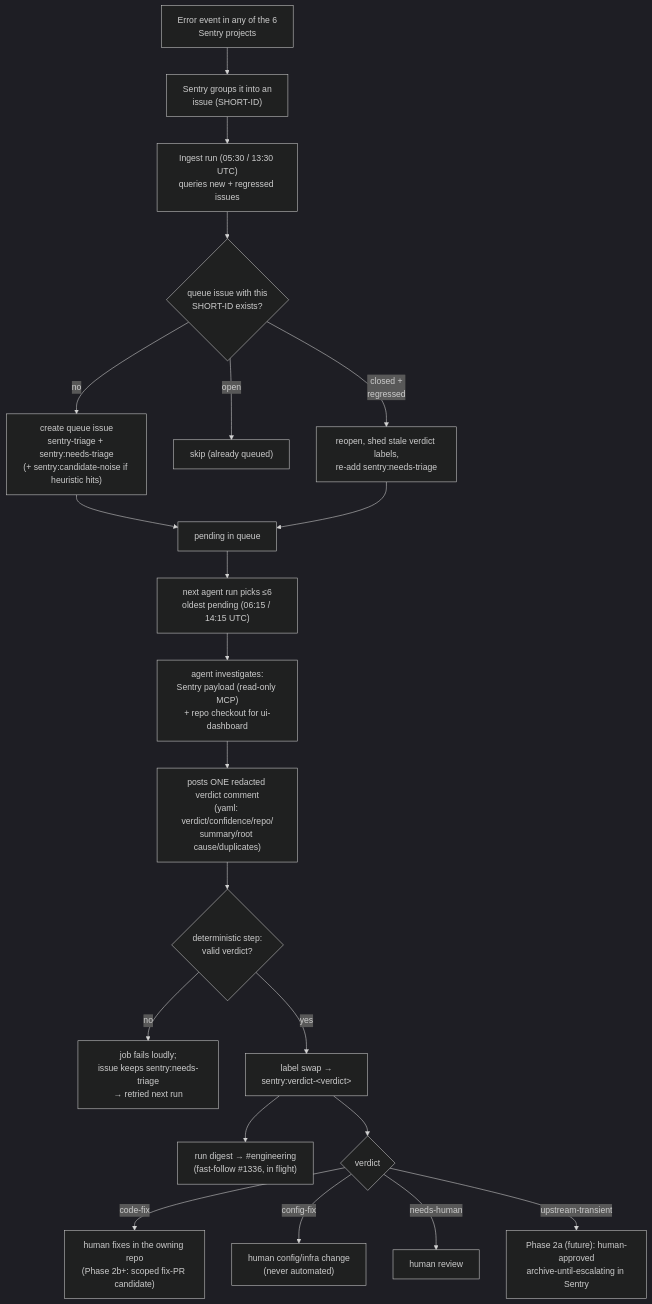
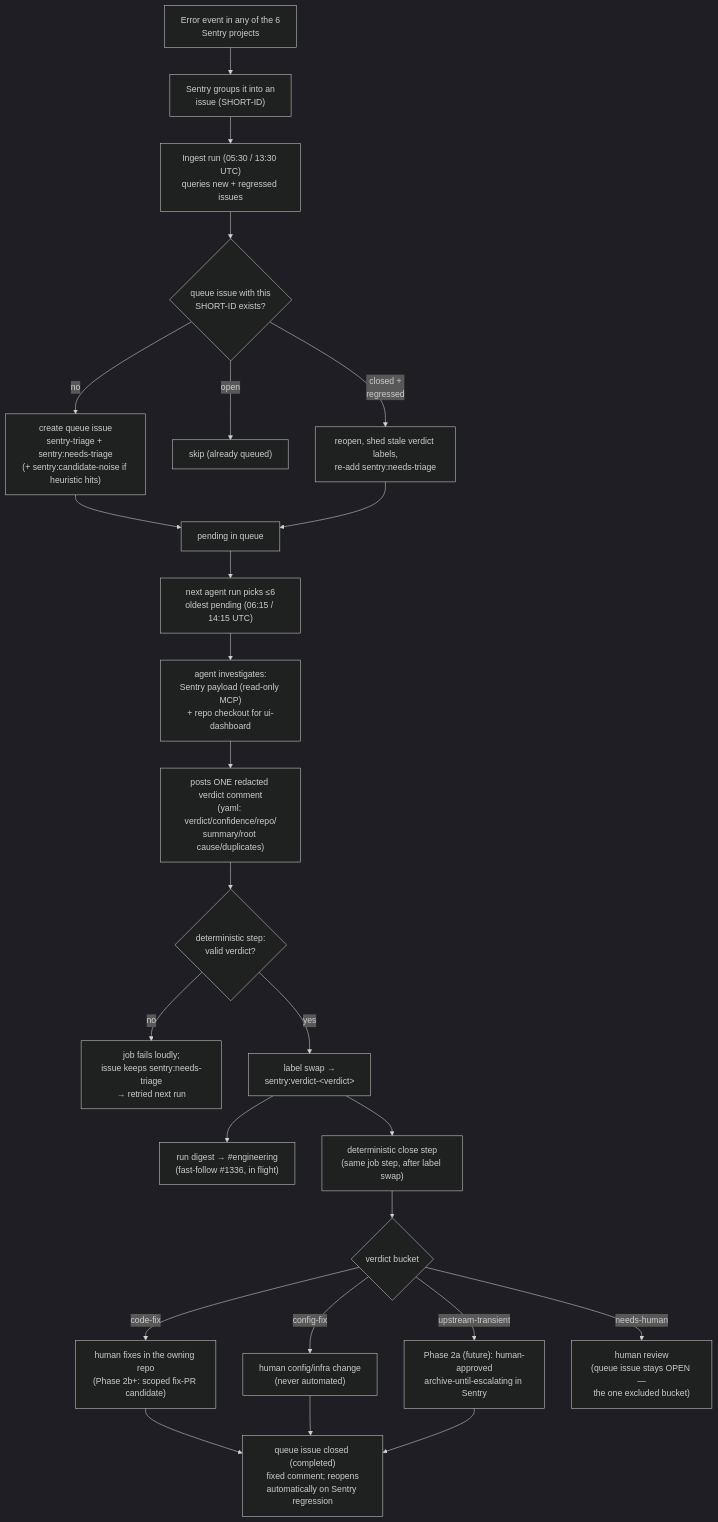
The second of 2 diagrams in docs/notes/sentry-triage-pipeline.md (mento-protocol/monitoring-monorepo), drawn with Mermaid (dark theme) before and after one commit. The commit also changed other lines of this file and 1 other file, not shown here.

First line of the commit message:
feat(tooling): auto-close verdicted Sentry triage queue issues

````diff
--- a/docs/notes/sentry-triage-pipeline.md
+++ b/docs/notes/sentry-triage-pipeline.md
@@ -77,23 +85,27 @@
 ```mermaid
 flowchart TD
     EV["Error event in any of the 6<br/>Sentry projects"] --> GRP["Sentry groups it into an<br/>issue (SHORT-ID)"]
     GRP --> POLL["Ingest run (05:30 / 13:30 UTC)<br/>queries new + regressed issues"]
     POLL --> KNOWN{"queue issue with this<br/>SHORT-ID exists?"}
     KNOWN -- "no" --> CREATE["create queue issue<br/>sentry-triage + sentry:needs-triage<br/>(+ sentry:candidate-noise if heuristic hits)"]
     KNOWN -- "open" --> SKIP["skip (already queued)"]
     KNOWN -- "closed +<br/>regressed" --> REOPEN["reopen, shed stale verdict labels,<br/>re-add sentry:needs-triage"]
     CREATE --> PEND["pending in queue"]
     REOPEN --> PEND
     PEND --> BATCH["next agent run picks ≤6<br/>oldest pending (06:15 / 14:15 UTC)"]
     BATCH --> INV["agent investigates:<br/>Sentry payload (read-only MCP)<br/>+ repo checkout for ui-dashboard"]
     INV --> VC["posts ONE redacted verdict comment<br/>(yaml: verdict/confidence/repo/<br/>summary/root cause/duplicates)"]
     VC --> VALID{"deterministic step:<br/>valid verdict?"}
     VALID -- "no" --> FAIL["job fails loudly;<br/>issue keeps sentry:needs-triage<br/>→ retried next run"]
     VALID -- "yes" --> SWAP["label swap →<br/>sentry:verdict-&lt;verdict&gt;"]
     SWAP --> DIGEST["run digest → #engineering<br/>(fast-follow #1336, in flight)"]
-    SWAP --> ROUTE{"verdict"}
+    SWAP --> CLOSESTEP["deterministic close step<br/>(same job step, after label swap)"]
+    CLOSESTEP --> ROUTE{"verdict bucket"}
     ROUTE -- "code-fix" --> OWN["human fixes in the owning repo<br/>(Phase 2b+: scoped fix-PR candidate)"]
     ROUTE -- "config-fix" --> CFG["human config/infra change<br/>(never automated)"]
-    ROUTE -- "needs-human" --> REV["human review"]
     ROUTE -- "upstream-transient" --> ARCH["Phase 2a (future): human-approved<br/>archive-until-escalating in Sentry"]
+    ROUTE -- "needs-human" --> REV["human review<br/>(queue issue stays OPEN —<br/>the one excluded bucket)"]
+    OWN --> CLOSED["queue issue closed (completed)<br/>fixed comment; reopens<br/>automatically on Sentry regression"]
+    CFG --> CLOSED
+    ARCH --> CLOSED
 ```
````
